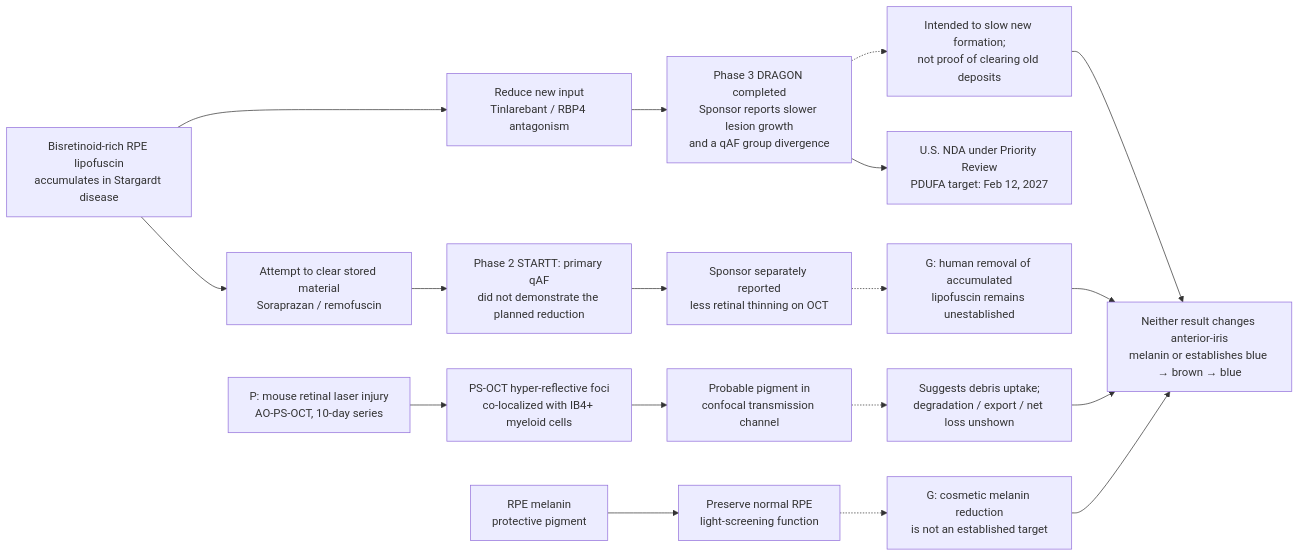
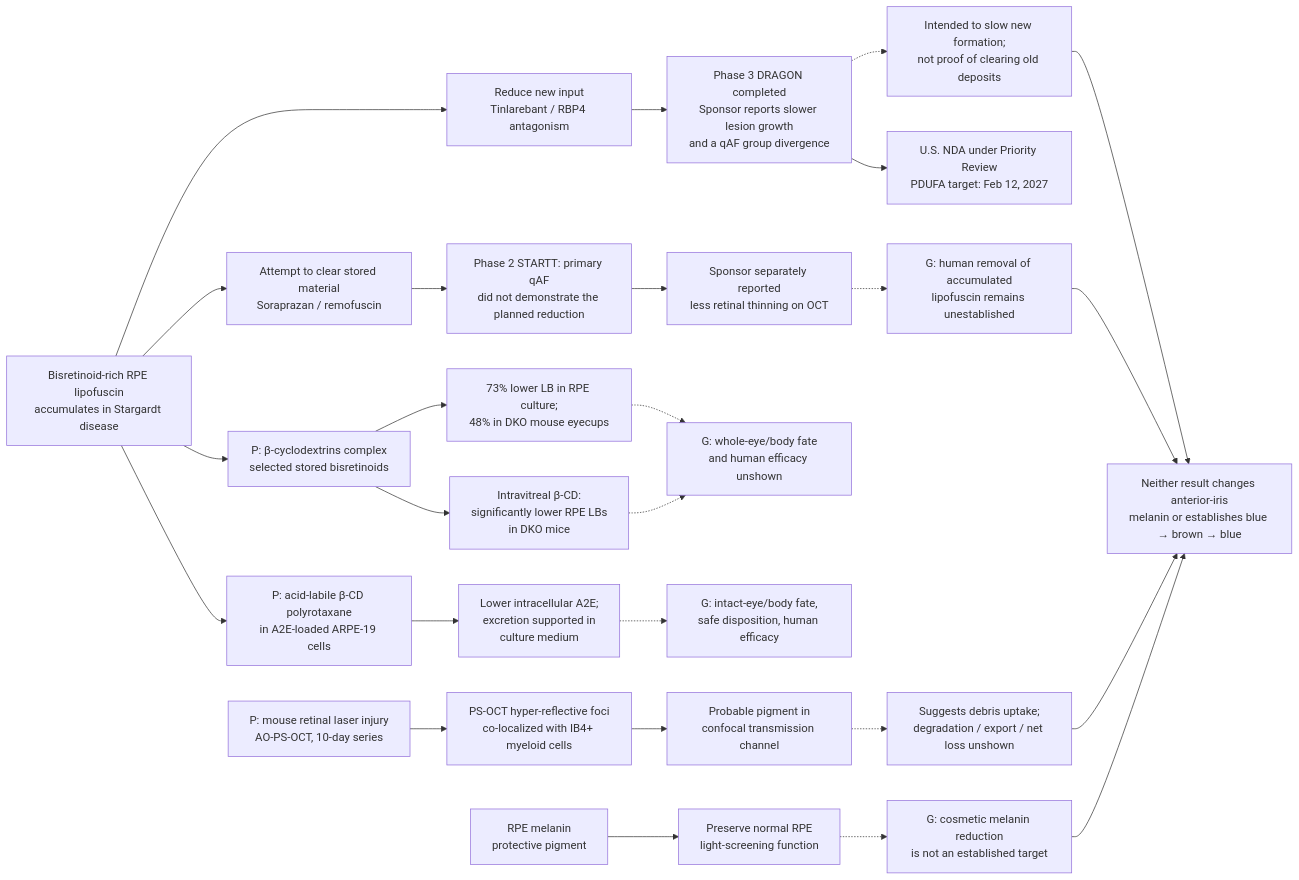
Before and after one commit to dylanstechmann/iris-color-without-contacts: diagram 25 of 54 in research/tissue-pigment-atlas.md, drawn with Mermaid. The commit also changed other lines of this file, not shown here.

Commit message:
Add RPE bisretinoid complexation and export evidence

````diff
--- a/research/tissue-pigment-atlas.md
+++ b/research/tissue-pigment-atlas.md
@@ -703,21 +703,29 @@
 ```mermaid
 flowchart LR
     M["RPE melanin<br/>protective pigment"] --> MP["Preserve normal RPE<br/>light-screening function"]
     MP -.-> MG["G: cosmetic melanin reduction<br/>is not an established target"]
     L["Bisretinoid-rich RPE lipofuscin<br/>accumulates in Stargardt disease"]
     L --> P["Reduce new input<br/>Tinlarebant / RBP4 antagonism"]
     P --> PR["Phase 3 DRAGON completed<br/>Sponsor reports slower lesion growth<br/>and a qAF group divergence"]
     PR --> PP["U.S. NDA under Priority Review<br/>PDUFA target: Feb 12, 2027"]
     PR -.-> PI["Intended to slow new formation;<br/>not proof of clearing old deposits"]
+    L --> CD["P: β-cyclodextrins complex<br/>selected stored bisretinoids"]
+    CD --> CD1["73% lower LB in RPE culture;<br/>48% in DKO mouse eyecups"]
+    CD --> CD2["Intravitreal β-CD:<br/>significantly lower RPE LBs<br/>in DKO mice"]
+    CD1 -.-> CDG["G: whole-eye/body fate<br/>and human efficacy unshown"]
+    CD2 -.-> CDG
+    L --> PRX["P: acid-labile β-CD polyrotaxane<br/>in A2E-loaded ARPE-19 cells"]
+    PRX --> PRXE["Lower intracellular A2E;<br/>excretion supported in<br/>culture medium"]
+    PRXE -.-> PRXG["G: intact-eye/body fate,<br/>safe disposition, human efficacy"]
     L --> C["Attempt to clear stored material<br/>Soraprazan / remofuscin"]
     C --> CR["Phase 2 STARTT: primary qAF<br/>did not demonstrate the planned reduction"]
     CR --> CR2["Sponsor separately reported<br/>less retinal thinning on OCT"]
     CR2 -.-> CG["G: human removal of accumulated<br/>lipofuscin remains unestablished"]
     PI --> E["Neither result changes anterior-iris<br/>melanin or establishes blue → brown → blue"]
     CG --> E
     I["P: mouse retinal laser injury<br/>AO-PS-OCT, 10-day series"] --> HRF["PS-OCT hyper-reflective foci<br/>co-localized with IB4+ myeloid cells"]
     HRF --> PM["Probable pigment in<br/>confocal transmission channel"]
     PM -.-> IF["Suggests debris uptake;<br/>degradation / export / net loss unshown"]
     IF --> E
     MG --> E
 ```
````
